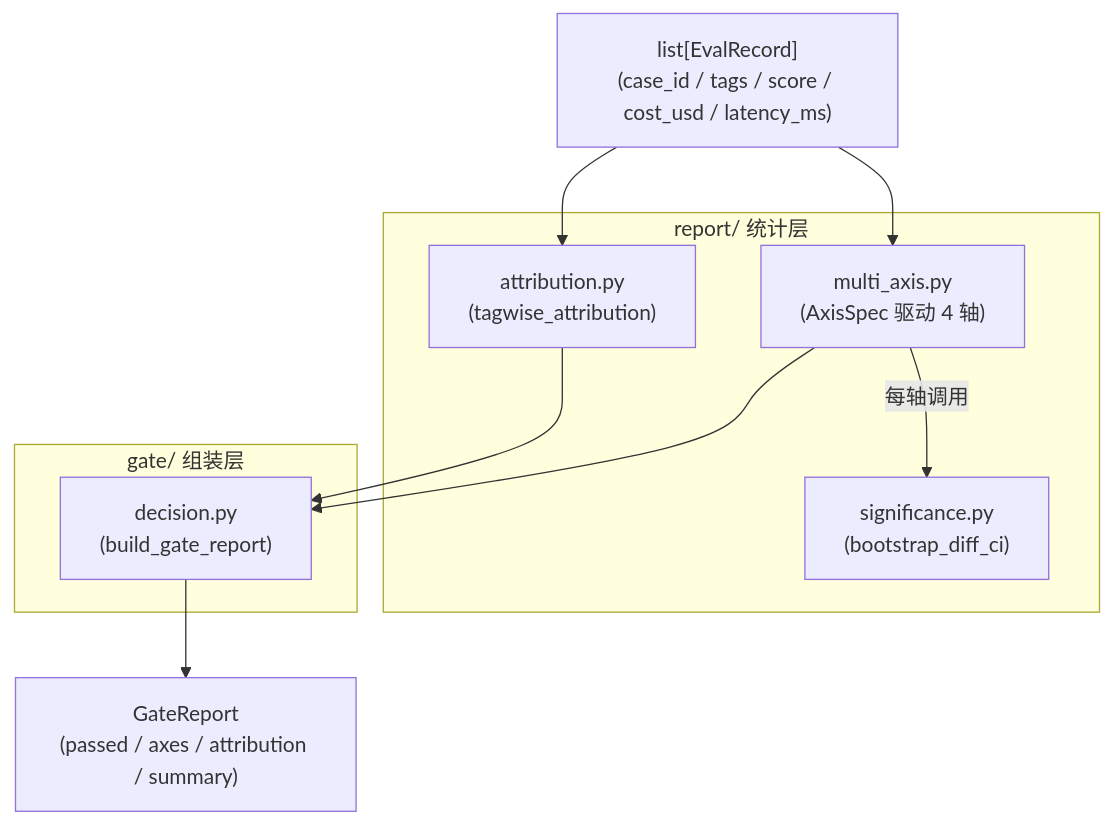
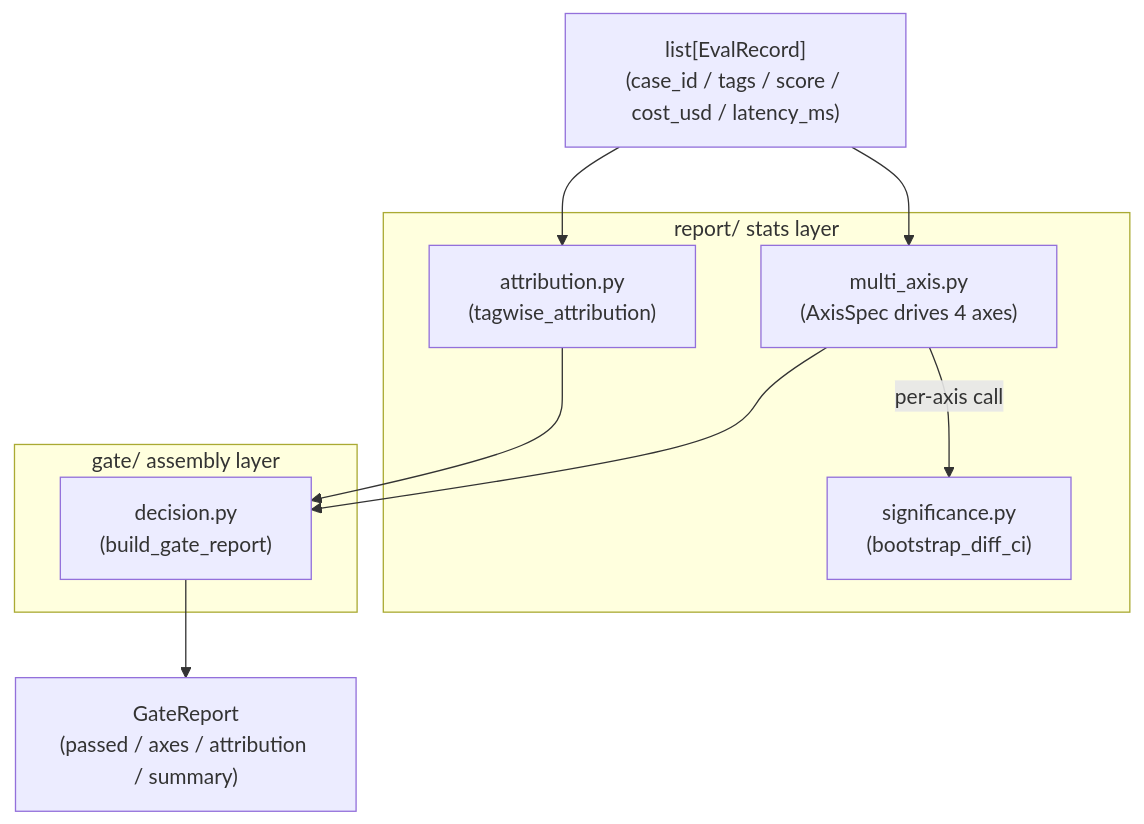
Before and after one commit to AndyUneducated/eval-gate: the second of 3 diagrams in docs/PHASE_2_PLAN.md, drawn with Mermaid. The commit also changed other lines of this file and 22 other files, not shown here.

````diff
--- a/docs/PHASE_2_PLAN.md
+++ b/docs/PHASE_2_PLAN.md
@@ -30,18 +30,18 @@
 ```mermaid
 flowchart TB
   Records["list[EvalRecord]<br/>(case_id / tags / score / cost_usd / latency_ms)"]
-  subgraph report["report/ 统计层"]
+  subgraph report["report/ stats layer"]
     Sig["significance.py<br/>(bootstrap_diff_ci)"]
-    Multi["multi_axis.py<br/>(AxisSpec 驱动 4 轴)"]
+    Multi["multi_axis.py<br/>(AxisSpec drives 4 axes)"]
     Attribution["attribution.py<br/>(tagwise_attribution)"]
   end
-  subgraph gate["gate/ 组装层"]
+  subgraph gate["gate/ assembly layer"]
     Decision["decision.py<br/>(build_gate_report)"]
   end
 
-  Records --> Multi --> |每轴调用| Sig
+  Records --> Multi --> |per-axis call| Sig
   Records --> Attribution
   Multi --> Decision
   Attribution --> Decision
   Decision --> GateReport["GateReport<br/>(passed / axes / attribution / summary)"]
 ```
````
